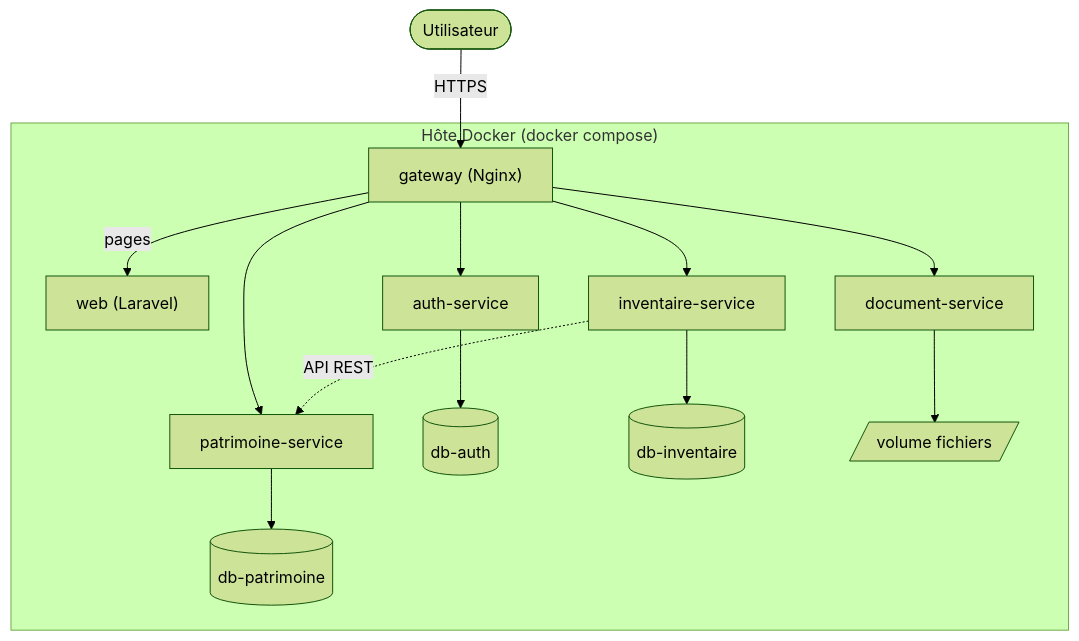
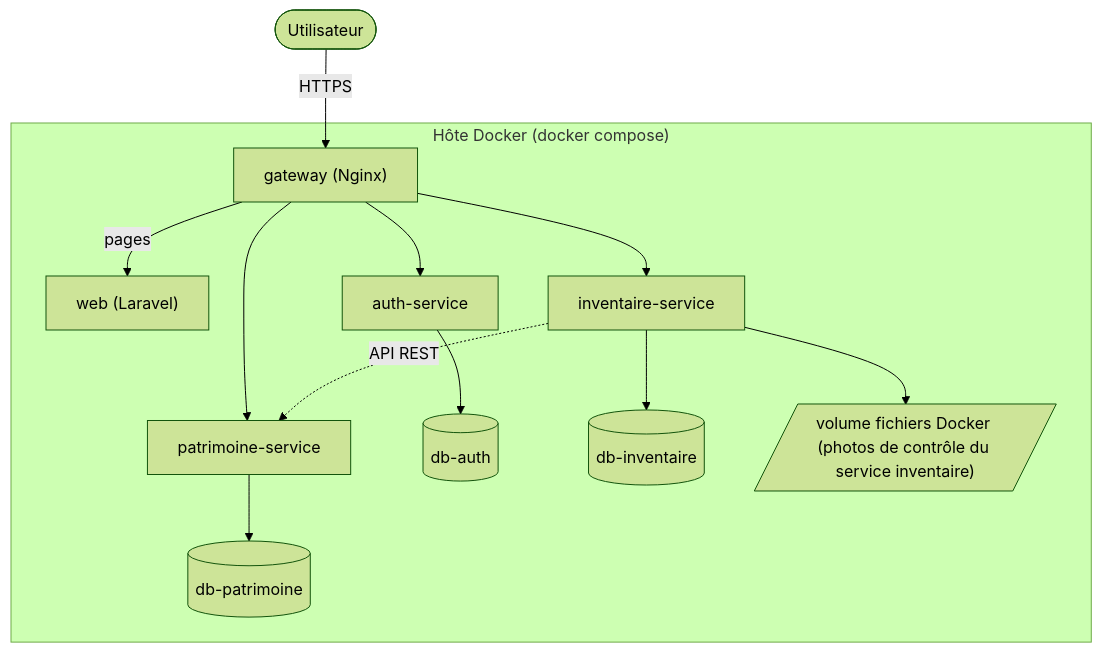
One commit to samTompkins17/Koffr-ix changed the diagram in docs/Diagrammes/04-deploiement.mmd. Above: the diagram before and after it, drawn with Mermaid (forest theme). The commit also changed 12 other files, not shown here.

```diff
--- a/docs/Diagrammes/04-deploiement.mmd
+++ b/docs/Diagrammes/04-deploiement.mmd
@@ -1,27 +1,25 @@
 flowchart TB
     user(["Utilisateur"])
 
     subgraph host["Hôte Docker (docker compose)"]
         gw["gateway (Nginx)"]
         web["web (Laravel)"]
         auth["auth-service"]
         pat["patrimoine-service"]
         inv["inventaire-service"]
-        doc["document-service"]
         dba[("db-auth")]
         dbp[("db-patrimoine")]
         dbi[("db-inventaire")]
-        vol[/"volume fichiers"/]
+        vol[/"volume fichiers Docker (photos de contrôle du service inventaire)"/]
     end
 
     user -->|HTTPS| gw
     gw -->|pages| web
     gw --> auth
     gw --> pat
     gw --> inv
-    gw --> doc
     auth --> dba
     pat --> dbp
     inv --> dbi
-    doc --> vol
+    inv --> vol
     inv -.->|API REST| pat
```
